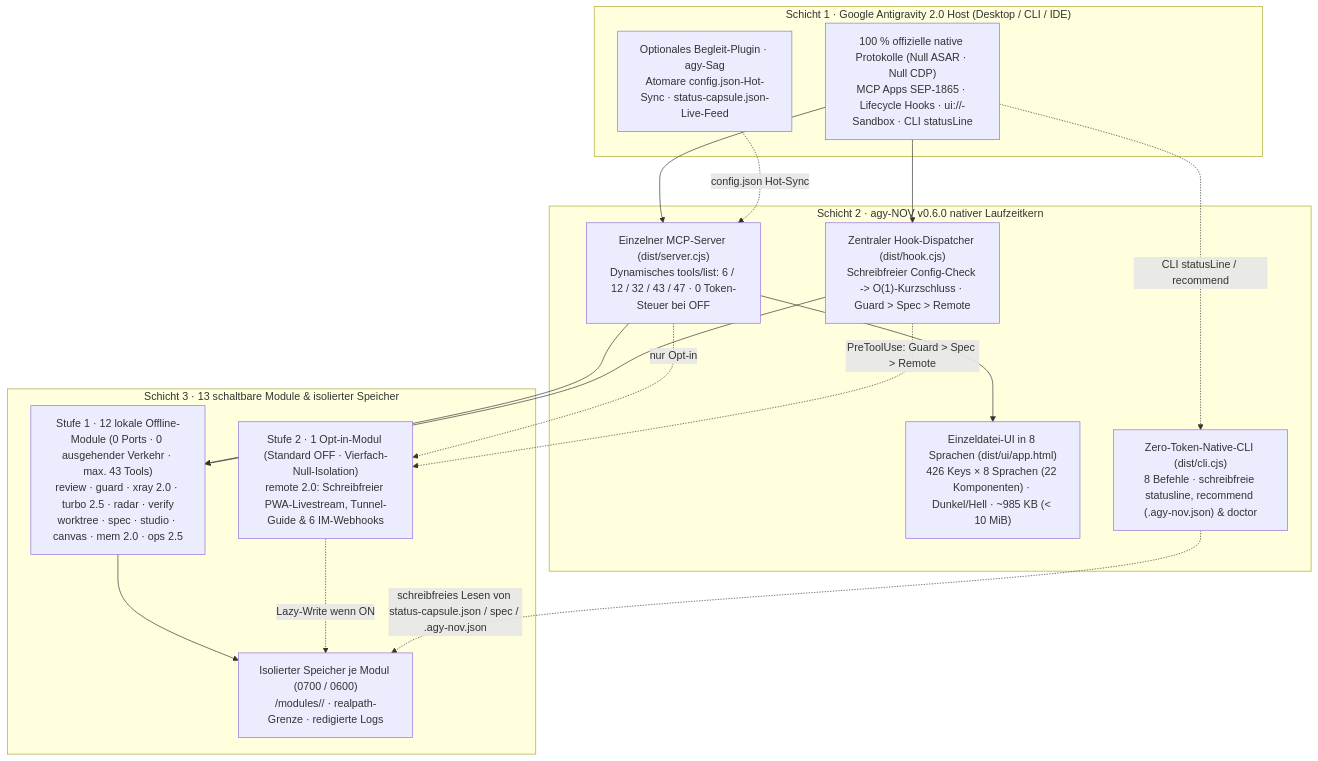
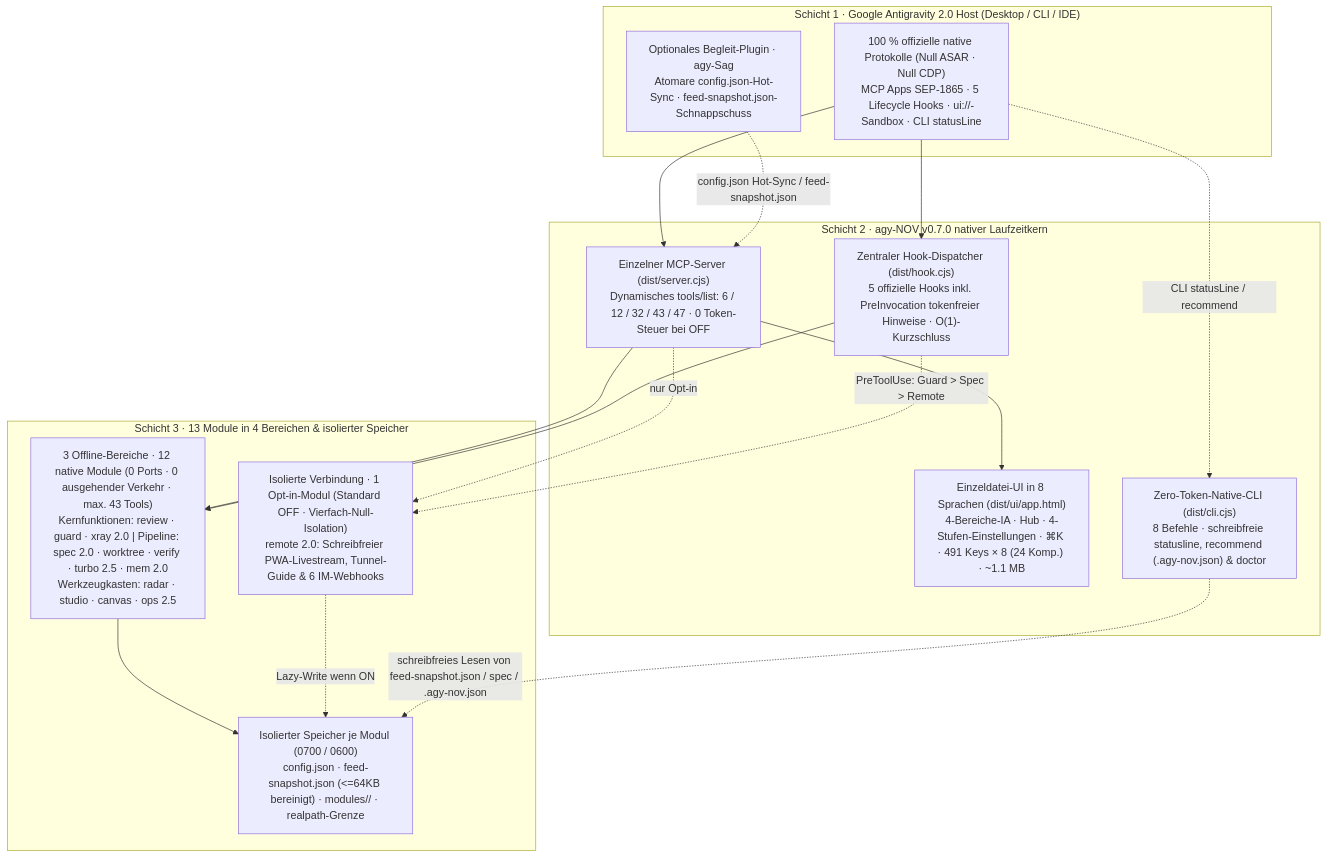
The diagram in docs/i18n/README.de.md (tone-leh/agy-NOV), drawn with Mermaid before and after one commit. The commit also changed other lines of this file and 54 other files, not shown here.

Commit message:
feat: release agy-NOV v0.7.0 (4+1 IA, Settings Hub, Spec 2.0, Dual-Star Feed, PreInvocation)

````diff
--- a/docs/i18n/README.de.md
+++ b/docs/i18n/README.de.md
@@ -209,33 +222,33 @@
 ```mermaid
 flowchart TB
   subgraph L1["Schicht 1 · Google Antigravity 2.0 Host (Desktop / CLI / IDE)"]
-    Host["100 % offizielle native Protokolle (Null ASAR · Null CDP)\nMCP Apps SEP-1865 · Lifecycle Hooks · ui://-Sandbox · CLI statusLine"]
-    Sag["Optionales Begleit-Plugin · agy-Sag\nAtomare config.json-Hot-Sync · status-capsule.json-Live-Feed"]
+    Host["100 % offizielle native Protokolle (Null ASAR · Null CDP)\nMCP Apps SEP-1865 · 5 Lifecycle Hooks · ui://-Sandbox · CLI statusLine"]
+    Sag["Optionales Begleit-Plugin · agy-Sag\nAtomare config.json-Hot-Sync · feed-snapshot.json-Schnappschuss"]
   end
 
-  subgraph L2["Schicht 2 · agy-NOV v0.6.0 nativer Laufzeitkern"]
+  subgraph L2["Schicht 2 · agy-NOV v0.7.0 nativer Laufzeitkern"]
     MCP["Einzelner MCP-Server (dist/server.cjs)\nDynamisches tools/list: 6 / 12 / 32 / 43 / 47 · 0 Token-Steuer bei OFF"]
-    Hook["Zentraler Hook-Dispatcher (dist/hook.cjs)\nSchreibfreier Config-Check -> O(1)-Kurzschluss · Guard > Spec > Remote"]
-    UI["Einzeldatei-UI in 8 Sprachen (dist/ui/app.html)\n426 Keys × 8 Sprachen (22 Komponenten) · Dunkel/Hell · ~985 KB (< 10 MiB)"]
+    Hook["Zentraler Hook-Dispatcher (dist/hook.cjs)\n5 offizielle Hooks inkl. PreInvocation tokenfreier Hinweise · O(1)-Kurzschluss"]
+    UI["Einzeldatei-UI in 8 Sprachen (dist/ui/app.html)\n4-Bereiche-IA · Hub · 4-Stufen-Einstellungen · ⌘K · 491 Keys × 8 (24 Komp.) · ~1.1 MB"]
     CLI["Zero-Token-Native-CLI (dist/cli.cjs)\n8 Befehle · schreibfreie statusline, recommend (.agy-nov.json) & doctor"]
   end
 
-  subgraph L3["Schicht 3 · 13 schaltbare Module & isolierter Speicher"]
-    T1["Stufe 1 · 12 lokale Offline-Module (0 Ports · 0 ausgehender Verkehr · max. 43 Tools)\nreview · guard · xray 2.0 · turbo 2.5 · radar · verify\nworktree · spec · studio · canvas · mem 2.0 · ops 2.5"]
-    T2R["Stufe 2 · 1 Opt-in-Modul (Standard OFF · Vierfach-Null-Isolation)\nremote 2.0: Schreibfreier PWA-Livestream, Tunnel-Guide & 6 IM-Webhooks"]
-    Store["Isolierter Speicher je Modul (0700 / 0600)\n<dataDir>/modules/<id>/ · realpath-Grenze · redigierte Logs"]
+  subgraph L3["Schicht 3 · 13 Module in 4 Bereichen & isolierter Speicher"]
+    T1["3 Offline-Bereiche · 12 native Module (0 Ports · 0 ausgehender Verkehr · max. 43 Tools)\nKernfunktionen: review · guard · xray 2.0 | Pipeline: spec 2.0 · worktree · verify · turbo 2.5 · mem 2.0\nWerkzeugkasten: radar · studio · canvas · ops 2.5"]
+    T2R["Isolierte Verbindung · 1 Opt-in-Modul (Standard OFF · Vierfach-Null-Isolation)\nremote 2.0: Schreibfreier PWA-Livestream, Tunnel-Guide & 6 IM-Webhooks"]
+    Store["Isolierter Speicher je Modul (0700 / 0600)\nconfig.json · feed-snapshot.json (<=64KB bereinigt) · modules/<id>/ · realpath-Grenze"]
   end
 
   Host --> MCP
   Host --> Hook
   Host -. "CLI statusLine / recommend" .-> CLI
-  Sag -. "config.json Hot-Sync" .-> MCP
+  Sag -. "config.json Hot-Sync / feed-snapshot.json" .-> MCP
   MCP --> UI
   MCP --> T1
   MCP -. "nur Opt-in" .-> T2R
   Hook --> T1
   Hook -. "PreToolUse: Guard > Spec > Remote" .-> T2R
   T1 --> Store
   T2R -. "Lazy-Write wenn ON" .-> Store
-  CLI -. "schreibfreies Lesen von status-capsule.json / spec / .agy-nov.json" .-> Store
+  CLI -. "schreibfreies Lesen von feed-snapshot.json / spec / .agy-nov.json" .-> Store
 ```
````
